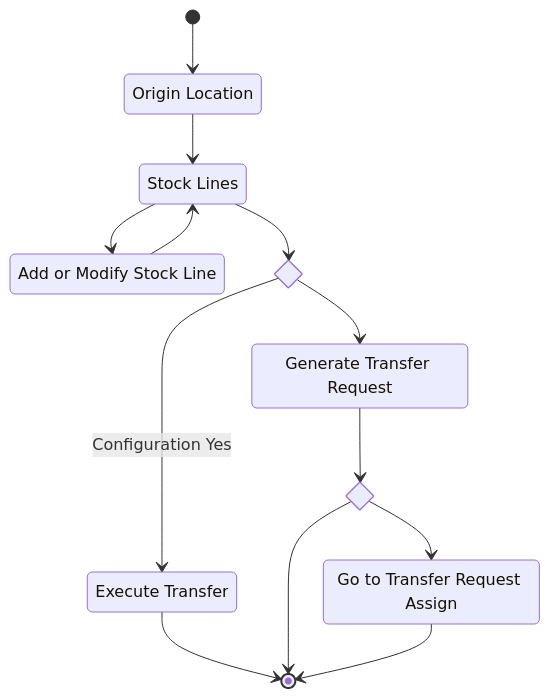
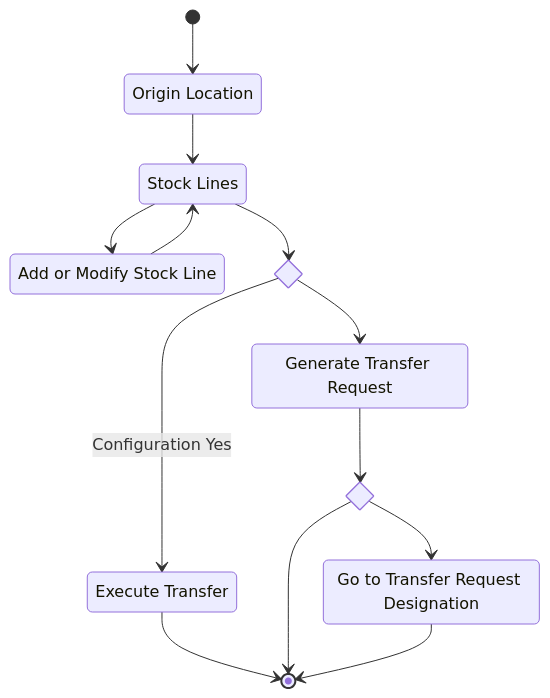
The diagram in docs/core_functions/putaway.mdx (theonewhowritesthedocs/lwms-docs), drawn with Mermaid before and after one commit. The commit also changed other lines of this file and 48 other files, not shown here.

Commit message:
Add Transfer Request Designation and Inpections WAs docs

````diff
--- a/docs/core_functions/putaway.mdx
+++ b/docs/core_functions/putaway.mdx
@@ -13,30 +13,28 @@
 ```mermaid
 stateDiagram-v2
     state "Origin Location" as select_origin_location
     state "Stock Lines" as stock
     state "Add or Modify Stock Line" as select_stock
     state "Generate Transfer Request" as generate_transfer_req
-    state "Go to Transfer Request Assign" as transfer_req_assign
+    state "Go to Transfer Request Designation" as transfer_req_designation
     state "Execute Transfer" as exec_transfer
 
     state if_finish_op <<choice>>
-    state if_transfer_req_assign <<choice>>
+    state if_transfer_req_designation <<choice>>
 
     [*] --> select_origin_location
     select_origin_location --> stock
     stock --> select_stock
     select_stock --> stock
 
     
     stock --> if_finish_op
     if_finish_op --> exec_transfer: Configuration Yes
     exec_transfer --> [*]
 
     if_finish_op --> generate_transfer_req
-    generate_transfer_req --> if_transfer_req_assign
-    if_transfer_req_assign --> transfer_req_assign
-    if_transfer_req_assign --> [*]
-    transfer_req_assign --> [*]
-    
-    
+    generate_transfer_req --> if_transfer_req_designation
+    if_transfer_req_designation --> transfer_req_designation
+    if_transfer_req_designation --> [*]
+    transfer_req_designation --> [*]    
 ```
````
